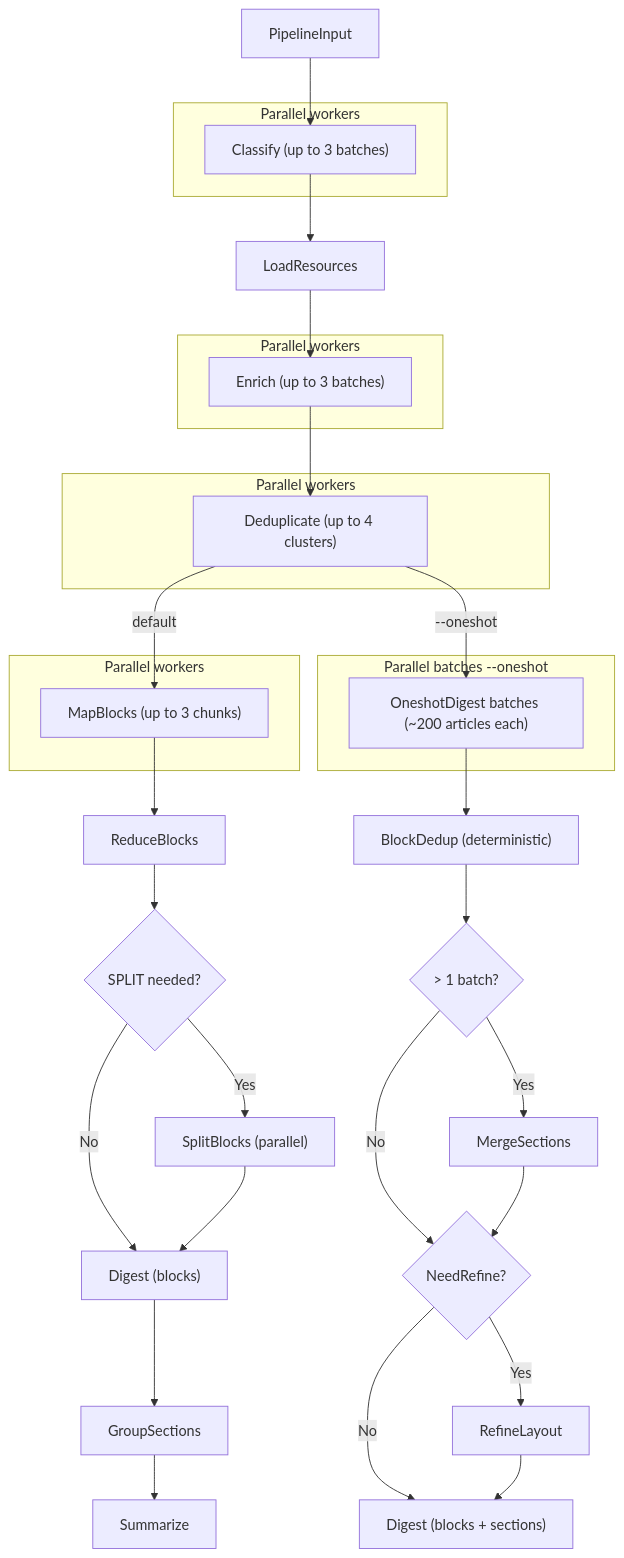
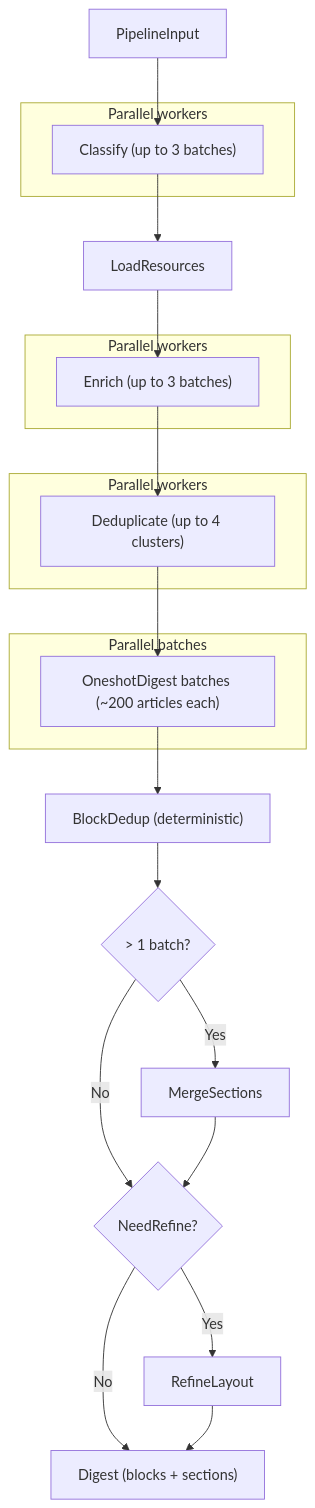
The diagram in spec/pipeline.md (andgineer/news-recap), drawn with Mermaid before and after one commit. The commit also changed other lines of this file and 32 other files, not shown here.

Commit message:
retire map-reduce

````diff
--- a/spec/pipeline.md
+++ b/spec/pipeline.md
@@ -9,40 +9,29 @@
 ```mermaid
 flowchart TD
     subgraph parallel1 [Parallel workers]
         classifyW["Classify (up to 3 batches)"]
     end
     subgraph parallel2 [Parallel workers]
         enrichW["Enrich (up to 3 batches)"]
     end
     subgraph parallel3 [Parallel workers]
         dedupW["Deduplicate (up to 4 clusters)"]
     end
-    subgraph parallel4 [Parallel workers]
-        mapW["MapBlocks (up to 3 chunks)"]
-    end
-    subgraph oneshotBatches [Parallel batches --oneshot]
+    subgraph oneshotBatches [Parallel batches]
         oneshotW["OneshotDigest batches (~200 articles each)"]
     end
 
     inp[PipelineInput] --> classifyW
     classifyW --> loadRes[LoadResources]
     loadRes --> enrichW
     enrichW --> dedupW
-    dedupW -->|default| mapW
-    dedupW -->|--oneshot| oneshotW
+    dedupW --> oneshotW
     oneshotW --> blockDedup["BlockDedup (deterministic)"]
     blockDedup --> merge{"> 1 batch?"}
     merge -->|Yes| mergeSec[MergeSections]
     merge -->|No| needRefine{"NeedRefine?"}
     mergeSec --> needRefine
     needRefine -->|Yes| refineLayout["RefineLayout"]
     needRefine -->|No| done["Digest (blocks + sections)"]
     refineLayout --> done
-    mapW --> reduce[ReduceBlocks]
-    reduce --> split{SPLIT needed?}
-    split -->|No| digest["Digest (blocks)"]
-    split -->|Yes| splitW["SplitBlocks (parallel)"]
-    splitW --> digest
-    digest --> groupSec[GroupSections]
-    groupSec --> summarize[Summarize]
 ```
````
